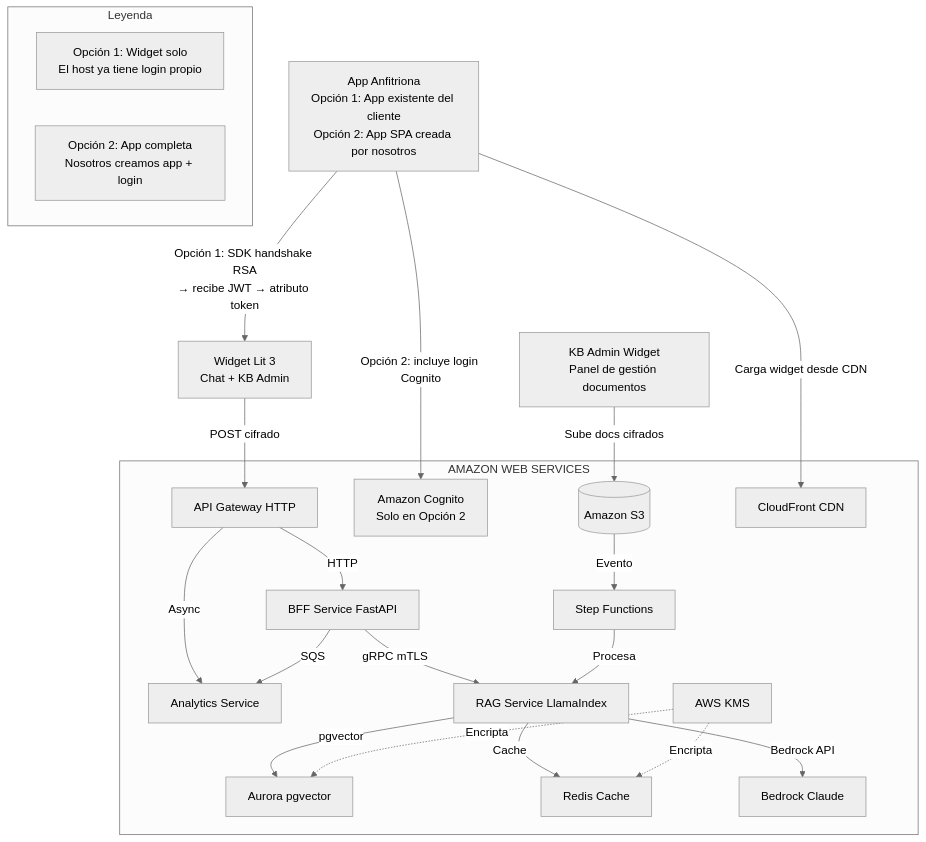
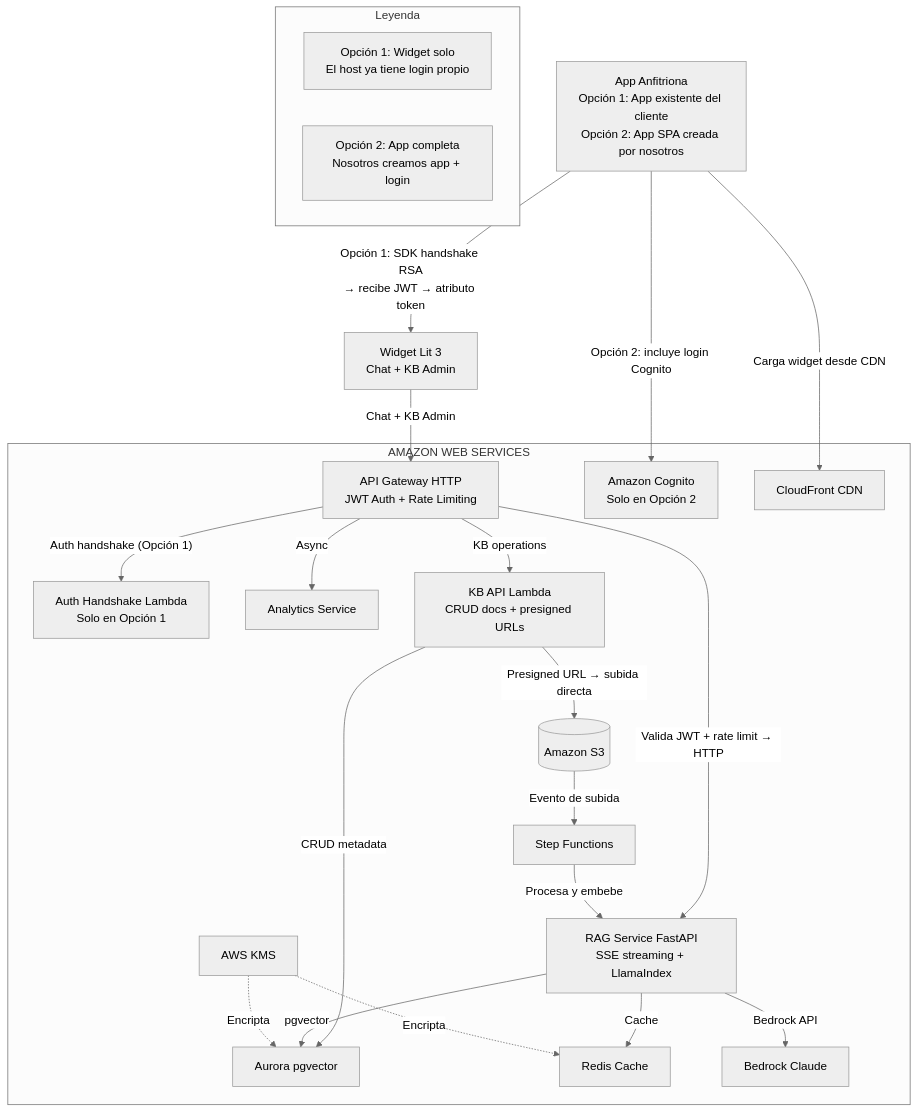
The first of 9 diagrams in docs/propuesta_tecnologica.md (johnruedal96/capillas), drawn with Mermaid (neutral theme) before and after one commit. The commit also changed other lines of this file, not shown here.

````diff
--- a/docs/propuesta_tecnologica.md
+++ b/docs/propuesta_tecnologica.md
@@ -77,42 +78,44 @@
 ```mermaid
 graph TB
     subgraph LEGEND[Leyenda]
         OPT1[Opción 1: Widget solo<br/>El host ya tiene login propio]
         OPT2[Opción 2: App completa<br/>Nosotros creamos app + login]
     end
 
     subgraph AWS["AMAZON WEB SERVICES"]
-        GW[API Gateway HTTP]
-        BFF[BFF Service FastAPI]
+        GW[API Gateway HTTP<br/>JWT Auth + Rate Limiting]
         AUTH[Amazon Cognito<br/>Solo en Opción 2]
+        AUTH_LAMBDA[Auth Handshake Lambda<br/>Solo en Opción 1]
         ANALYTICS[Analytics Service]
-        RAG[RAG Service LlamaIndex]
+        RAG[RAG Service FastAPI<br/>SSE streaming + LlamaIndex]
+        LAMBDA_KB[KB API Lambda<br/>CRUD docs + presigned URLs]
         AURORA[Aurora pgvector]
         REDIS[Redis Cache]
         BEDROCK[Bedrock Claude]
         KMS[AWS KMS]
         S3[(Amazon S3)]
         STEP[Step Functions]
         CF[CloudFront CDN]
     end
 
     WIDGET[Widget Lit 3<br/>Chat + KB Admin]
     HOST[App Anfitriona<br/>Opción 1: App existente del cliente<br/>Opción 2: App SPA creada por nosotros]
 
     HOST -->|Carga widget desde CDN| CF
     HOST -->|Opción 1: SDK handshake RSA<br/>→ recibe JWT → atributo token| WIDGET
     HOST -->|Opción 2: incluye login Cognito| AUTH
-    WIDGET -->|POST cifrado| GW
-    GW -->|HTTP| BFF
+    WIDGET -->|Chat + KB Admin| GW
+    GW -->|Valida JWT + rate limit → HTTP| RAG
+    GW -->|KB operations| LAMBDA_KB
+    GW -->|"Auth handshake (Opción 1)"| AUTH_LAMBDA
+    LAMBDA_KB -->|Presigned URL → subida directa| S3
+    LAMBDA_KB -->|CRUD metadata| AURORA
     GW -->|Async| ANALYTICS
-    BFF -->|gRPC mTLS| RAG
-    BFF -->|SQS| ANALYTICS
     RAG -->|pgvector| AURORA
     RAG -->|Cache| REDIS
     RAG -->|Bedrock API| BEDROCK
     KMS -.->|Encripta| AURORA
     KMS -.->|Encripta| REDIS
-    KBADMIN[KB Admin Widget<br/>Panel de gestión documentos] -->|Sube docs cifrados| S3
-    S3 -->|Evento| STEP
-    STEP -->|Procesa| RAG
+    S3 -->|Evento de subida| STEP
+    STEP -->|Procesa y embebe| RAG
 ```
````
